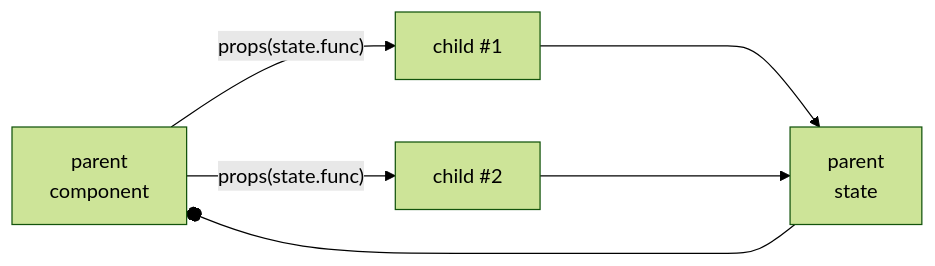
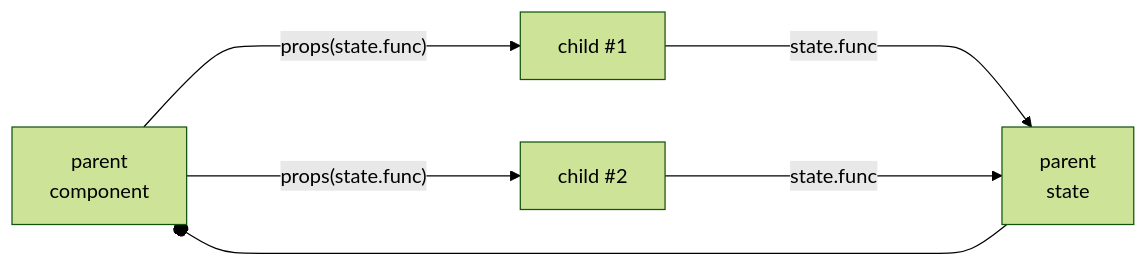
The second of 2 diagrams in react/README.md (cherkavi/javascripting), drawn with Mermaid (forest theme) before and after one commit. The commit also changed other lines of this file and 1 other file, not shown here.

````diff
--- a/react/README.md
+++ b/react/README.md
@@ -133,14 +135,11 @@
 ```mermaid
 flowchart LR
 
-ac[parent \n component] --props(state.func)--> cc1[child #1]
-ac[parent \n component] --props(state.func)--> cc2[child #2]
+ac[parent \n component] --props(state.func)----> cc1[child #1]
+ac[parent \n component] --props(state.func)----> cc2[child #2]
 
 s[parent \n state] --o  ac
 
-
-cc1 -----> s
-cc2 -----> s
-
-
+cc1 -----> |state.func|s
+cc2 -----> |state.func|s
 ```
````
